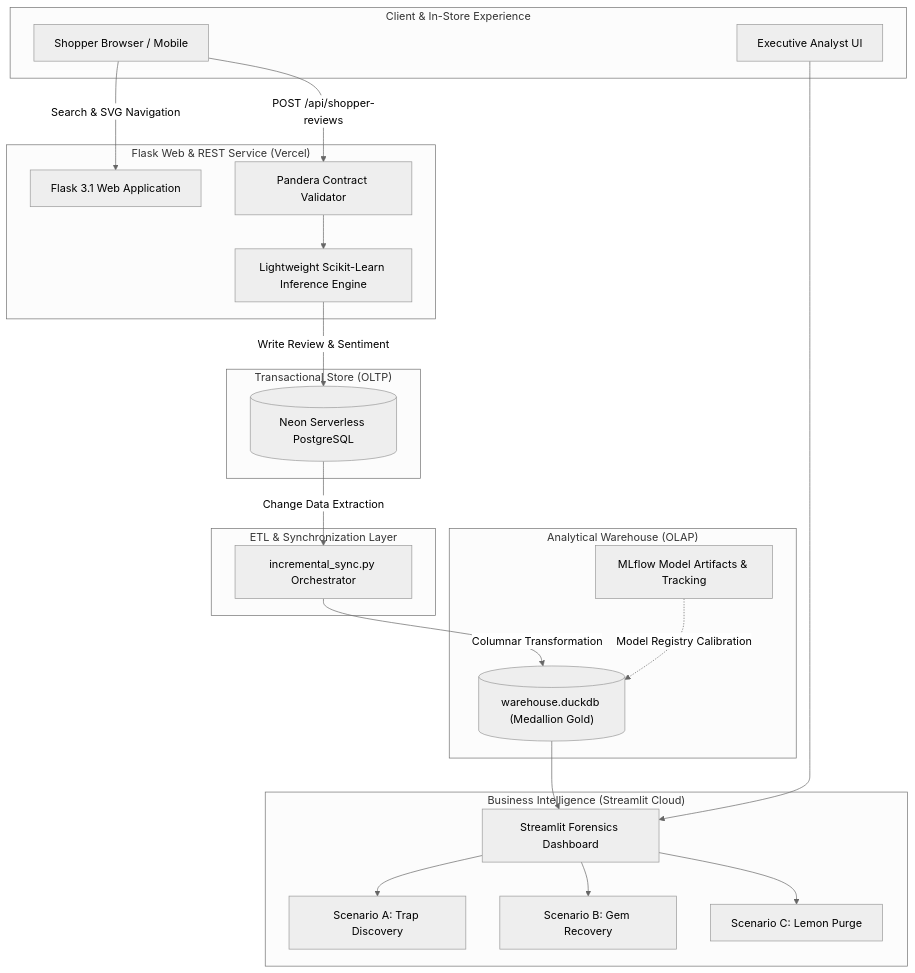
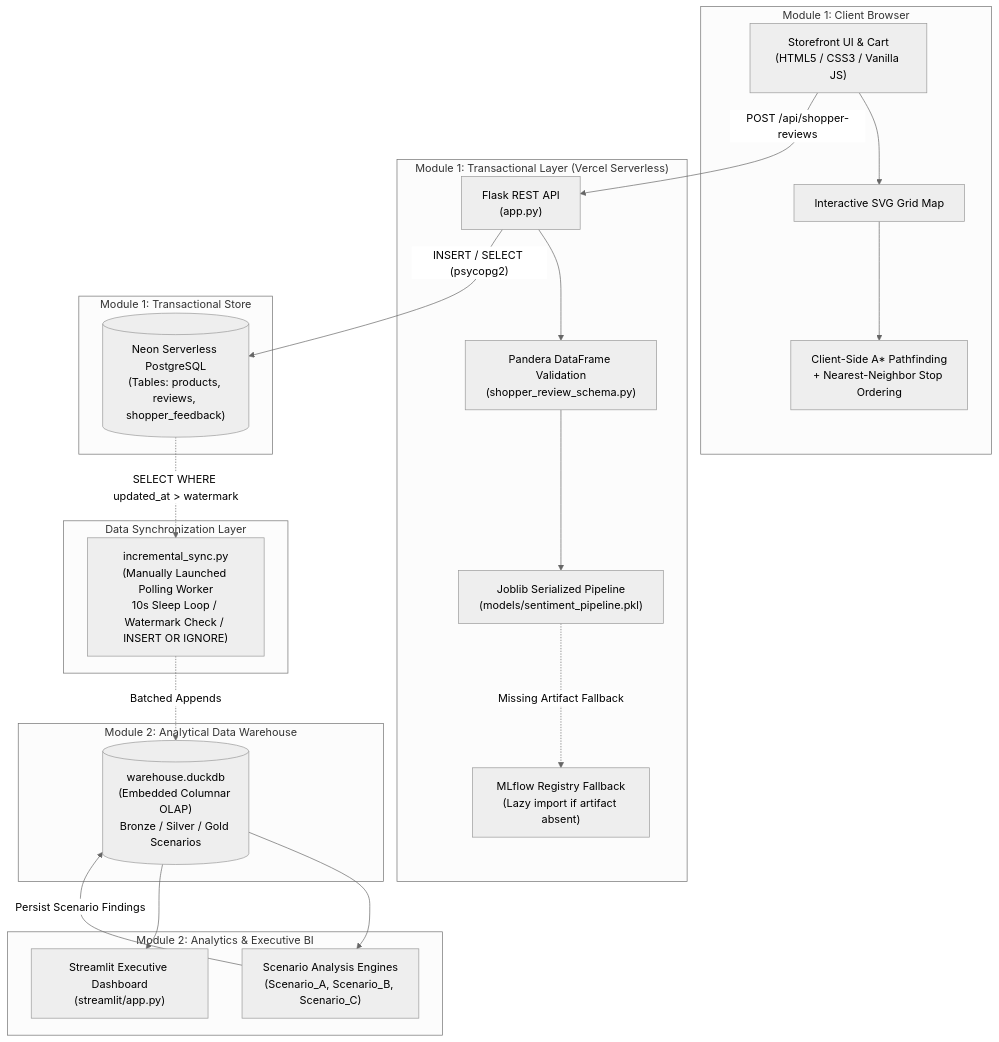
Before and after one commit to poruri-santhosh/Aislewise-2: the first of 4 diagrams in README.md, drawn with Mermaid (neutral theme). The commit also changed other lines of this file, not shown here.

Commit message:
feat: setup deployment guards, modular folders, and streamlit cloud config

````diff
--- a/README.md
+++ b/README.md
@@ -102,46 +44,46 @@
 ```mermaid
 flowchart TD
-    subgraph ClientLayer ["Client & In-Store Experience"]
-        Shopper["Shopper Browser / Mobile"]
-        Analyst["Executive Analyst UI"]
+    subgraph M1_Client ["Module 1: Client Browser"]
+        UI["Storefront UI & Cart\n(HTML5 / CSS3 / Vanilla JS)"]
+        SVGMap["Interactive SVG Grid Map"]
+        AStarEngine["Client-Side A* Pathfinding\n+ Nearest-Neighbor Stop Ordering"]
+        UI --> SVGMap
+        SVGMap --> AStarEngine
     end
 
-    subgraph StorefrontService ["Flask Web & REST Service (Vercel)"]
-        FlaskAPI["Flask 3.1 Web Application"]
-        PanderaValidator["Pandera Contract Validator"]
-        JoblibInference["Lightweight Scikit-Learn Inference Engine"]
+    subgraph M1_OLTP ["Module 1: Transactional Layer (Vercel Serverless)"]
+        FlaskAPI["Flask REST API\n(app.py)"]
+        PanderaValidator["Pandera DataFrame Validation\n(shopper_review_schema.py)"]
+        LocalJoblib["Joblib Serialized Pipeline\n(models/sentiment_pipeline.pkl)"]
+        RegistryFallback["MLflow Registry Fallback\n(Lazy import if artifact absent)"]
+
+        UI -->|"POST /api/shopper-reviews"| FlaskAPI
+        FlaskAPI --> PanderaValidator
+        PanderaValidator --> LocalJoblib
+        LocalJoblib -.->|"Missing Artifact Fallback"| RegistryFallback
     end
 
-    subgraph OLTP ["Transactional Store (OLTP)"]
-        NeonPostgres[("Neon Serverless PostgreSQL")]
+    subgraph M1_Storage ["Module 1: Transactional Store"]
+        NeonPG[("Neon Serverless PostgreSQL\n(Tables: products, reviews, shopper_feedback)")]
+        FlaskAPI -->|"INSERT / SELECT (psycopg2)"| NeonPG
     end
 
-    subgraph BatchETL ["ETL & Synchronization Layer"]
-        SyncEngine["incremental_sync.py Orchestrator"]
+    subgraph Sync_Worker ["Data Synchronization Layer"]
+        Worker["incremental_sync.py\n(Manually Launched Polling Worker\n10s Sleep Loop / Watermark Check / INSERT OR IGNORE)"]
+        NeonPG -.->|"SELECT WHERE updated_at > watermark"| Worker
     end
 
-    subgraph OLAP ["Analytical Warehouse (OLAP)"]
-        DuckDBWarehouse[("warehouse.duckdb (Medallion Gold)")]
-        MLflowRegistry["MLflow Model Artifacts & Tracking"]
+    subgraph M2_OLAP ["Module 2: Analytical Data Warehouse"]
+        DuckDB[("warehouse.duckdb\n(Embedded Columnar OLAP)\nBronze / Silver / Gold Scenarios")]
+        Worker -.->|"Batched Appends"| DuckDB
     end
 
-    subgraph DashboardService ["Business Intelligence (Streamlit Cloud)"]
-        StreamlitApp["Streamlit Forensics Dashboard"]
-        ScenarioA["Scenario A: Trap Discovery"]
-        ScenarioB["Scenario B: Gem Recovery"]
-        ScenarioC["Scenario C: Lemon Purge"]
+    subgraph M2_Analytics ["Module 2: Analytics & Executive BI"]
+        ScenarioScripts["Scenario Analysis Engines\n(Scenario_A, Scenario_B, Scenario_C)"]
+        StreamlitUI["Streamlit Executive Dashboard\n(streamlit/app.py)"]
+        
+        DuckDB --> ScenarioScripts
+        DuckDB --> StreamlitUI
+        ScenarioScripts -->|"Persist Scenario Findings"| DuckDB
     end
-
-    Shopper -->|Search & SVG Navigation| FlaskAPI
-    Shopper -->|POST /api/shopper-reviews| PanderaValidator
-    PanderaValidator --> JoblibInference
-    JoblibInference -->|Write Review & Sentiment| NeonPostgres
-    NeonPostgres -->|Change Data Extraction| SyncEngine
-    SyncEngine -->|Columnar Transformation| DuckDBWarehouse
-    MLflowRegistry -.->|Model Registry Calibration| DuckDBWarehouse
-    DuckDBWarehouse --> StreamlitApp
-    StreamlitApp --> ScenarioA
-    StreamlitApp --> ScenarioB
-    StreamlitApp --> ScenarioC
-    Analyst --> StreamlitApp
 ```
````
